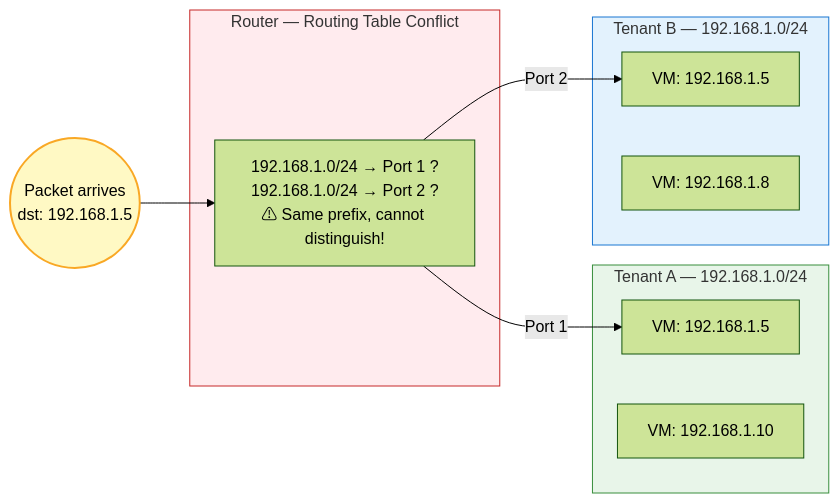
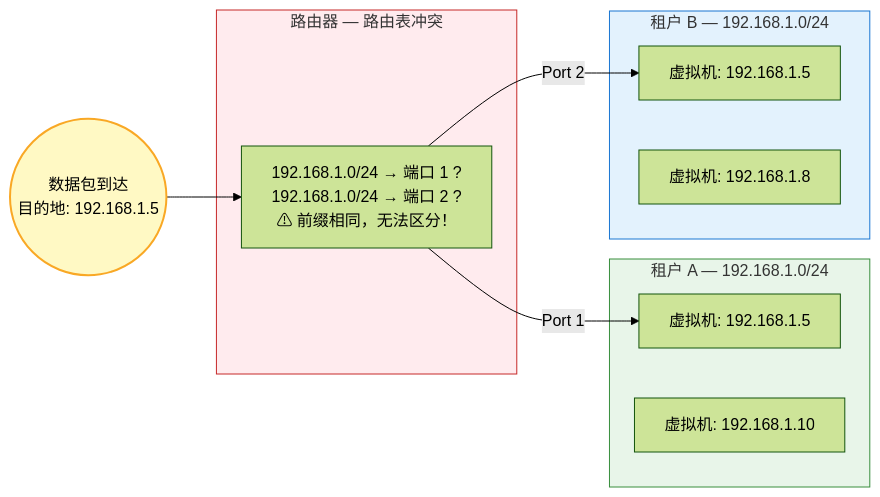
One commit to caozhiyi/network-book changed the second of 3 diagrams in docs/03.共用网络的噩梦.md. Above: the diagram before and after it, drawn with Mermaid (forest theme). The commit also changed other lines of this file and 77 other files, not shown here.

````diff
--- a/docs/03.共用网络的噩梦.md
+++ b/docs/03.共用网络的噩梦.md
@@ -83,27 +86,27 @@
 ```mermaid
 graph LR
-    subgraph TENANT_A["Tenant A — 192.168.1.0/24"]
-        A1["VM: 192.168.1.5"]
-        A2["VM: 192.168.1.10"]
+    subgraph TENANT_A["租户 A — 192.168.1.0/24"]
+        A1["虚拟机: 192.168.1.5"]
+        A2["虚拟机: 192.168.1.10"]
     end
 
-    subgraph TENANT_B["Tenant B — 192.168.1.0/24"]
-        B1["VM: 192.168.1.5"]
-        B2["VM: 192.168.1.8"]
+    subgraph TENANT_B["租户 B — 192.168.1.0/24"]
+        B1["虚拟机: 192.168.1.5"]
+        B2["虚拟机: 192.168.1.8"]
     end
 
-    subgraph ROUTER["Router — Routing Table Conflict"]
-        RT["192.168.1.0/24 → Port 1 ?<br/>192.168.1.0/24 → Port 2 ?<br/>⚠ Same prefix, cannot distinguish!"]
+    subgraph ROUTER["路由器 — 路由表冲突"]
+        RT["192.168.1.0/24 → 端口 1 ?<br/>192.168.1.0/24 → 端口 2 ?<br/>⚠ 前缀相同，无法区分！"]
     end
 
-    PKT(("Packet arrives<br/>dst: 192.168.1.5"))
+    PKT(("数据包到达<br/>目的地: 192.168.1.5"))
 
     PKT --> RT
     RT -->|"Port 1"| A1
     RT -->|"Port 2"| B1
 
     style TENANT_A fill:#e8f5e9,stroke:#388e3c
     style TENANT_B fill:#e3f2fd,stroke:#1976d2
     style ROUTER fill:#ffebee,stroke:#c62828
     style PKT fill:#fff9c4,stroke:#f9a825,stroke-width:2px
 ```
````
